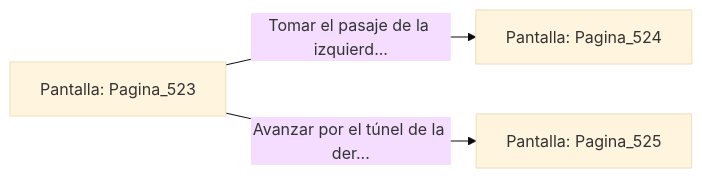
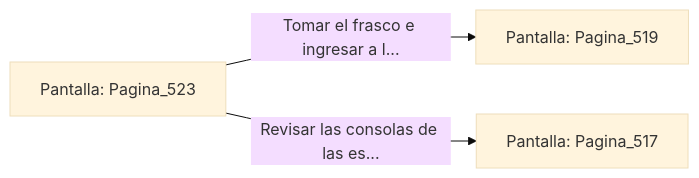
One commit to metsuke/mpl changed the diagram in sample/eligejuego-vault/Pantalla_Pagina_523.md. Above: the diagram before and after it, drawn with Mermaid (base theme). The commit also changed other lines of this file and 635 other files, not shown here.

First line of the commit message:
fix: añadir Pagina_1 como pantalla inicial en capitulo_01.mpl

````diff
--- a/sample/eligejuego-vault/Pantalla_Pagina_523.md
+++ b/sample/eligejuego-vault/Pantalla_Pagina_523.md
@@ -20,6 +24,6 @@
 ```mermaid
 graph LR
     P_Pagina_523["Pantalla: Pagina_523"]
-    P_Pagina_523 -->|"Tomar el pasaje de la izquierd..."| P_Pagina_524["Pantalla: Pagina_524"]
-    P_Pagina_523 -->|"Avanzar por el túnel de la der..."| P_Pagina_525["Pantalla: Pagina_525"]
+    P_Pagina_523 -->|"Tomar el frasco e ingresar a l..."| P_Pagina_519["Pantalla: Pagina_519"]
+    P_Pagina_523 -->|"Revisar las consolas de las es..."| P_Pagina_517["Pantalla: Pagina_517"]
 ```
````
